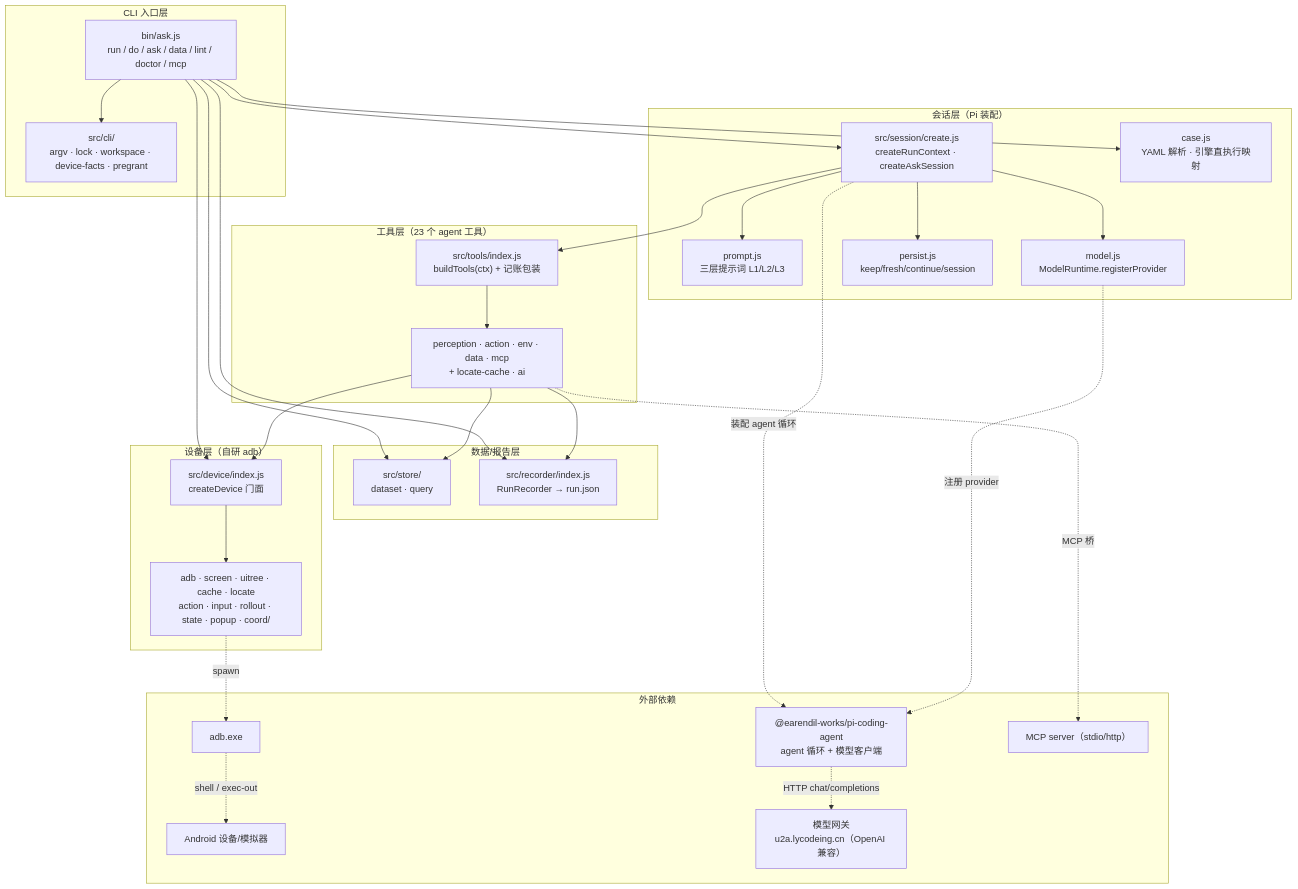
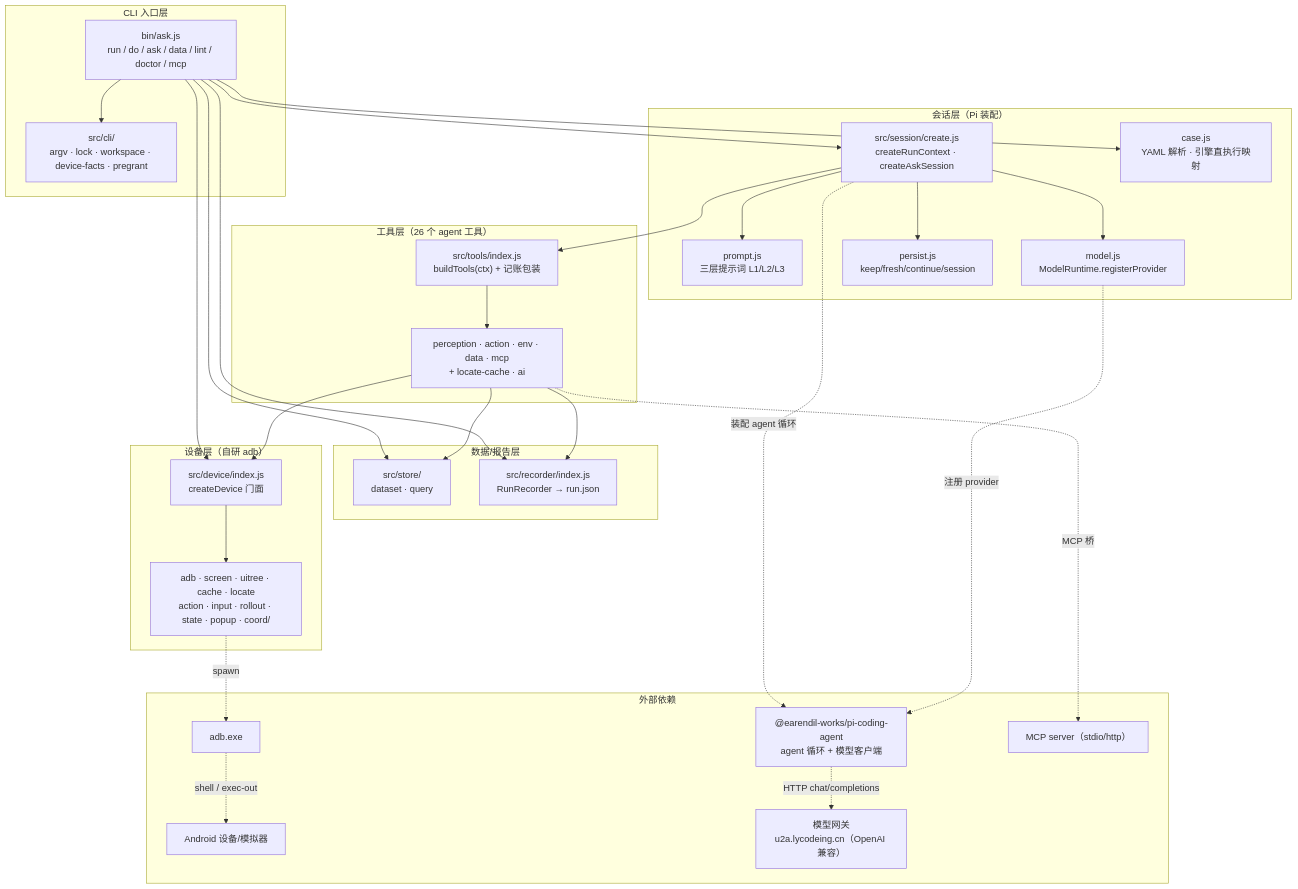
The first of 6 diagrams in docs/ARCHITECTURE.md (lycodeing/omnipilot), drawn with Mermaid before and after one commit. The commit also changed other lines of this file and 7 other files, not shown here.

````diff
--- a/docs/ARCHITECTURE.md
+++ b/docs/ARCHITECTURE.md
@@ -8,61 +8,61 @@
 ```mermaid
 flowchart TD
   subgraph L0["CLI 入口层"]
     CLI["bin/ask.js<br/>run / do / ask / data / lint / doctor / mcp"]
     CLISUP["src/cli/<br/>argv · lock · workspace · device-facts · pregrant"]
   end
 
   subgraph L1["会话层（Pi 装配）"]
     SESS["src/session/create.js<br/>createRunContext · createAskSession"]
     PROMPT["prompt.js<br/>三层提示词 L1/L2/L3"]
     MODELF["model.js<br/>ModelRuntime.registerProvider"]
     PERSIST["persist.js<br/>keep/fresh/continue/session"]
     CASE["case.js<br/>YAML 解析 · 引擎直执行映射"]
   end
 
-  subgraph L2["工具层（23 个 agent 工具）"]
+  subgraph L2["工具层（26 个 agent 工具）"]
     TOOLS["src/tools/index.js<br/>buildTools(ctx) + 记账包装"]
     TOOLFILES["perception · action · env · data · mcp<br/>+ locate-cache · ai"]
   end
 
   subgraph L3["数据/报告层"]
     STORE["src/store/<br/>dataset · query"]
     REC["src/recorder/index.js<br/>RunRecorder → run.json"]
   end
 
   subgraph L4["设备层（自研 adb）"]
     DEV["src/device/index.js<br/>createDevice 门面"]
     DEVMOD["adb · screen · uitree · cache · locate<br/>action · input · rollout · state · popup · coord/"]
   end
 
   subgraph L5["外部依赖"]
     PI["@earendil-works/pi-coding-agent<br/>agent 循环 + 模型客户端"]
     ADBEXE["adb.exe"]
     DEVICE["Android 设备/模拟器"]
     GATEWAY["模型网关<br/>u2a.lycodeing.cn（OpenAI 兼容）"]
     MCP["MCP server（stdio/http）"]
   end
 
   CLI --> CLISUP
   CLI --> SESS
   CLI --> CASE
   CLI --> STORE
   CLI --> REC
   CLI --> DEV
   SESS --> PROMPT
   SESS --> MODELF
   SESS --> PERSIST
   SESS --> TOOLS
   TOOLS --> TOOLFILES
   TOOLFILES --> DEV
   TOOLFILES --> STORE
   TOOLFILES --> REC
   DEV --> DEVMOD
 
   SESS -.->|装配 agent 循环| PI
   MODELF -.->|注册 provider| PI
   PI -.->|HTTP chat/completions| GATEWAY
   DEVMOD -.->|spawn| ADBEXE
   ADBEXE -.->|shell / exec-out| DEVICE
   TOOLFILES -.->|MCP 桥| MCP
 ```
````
